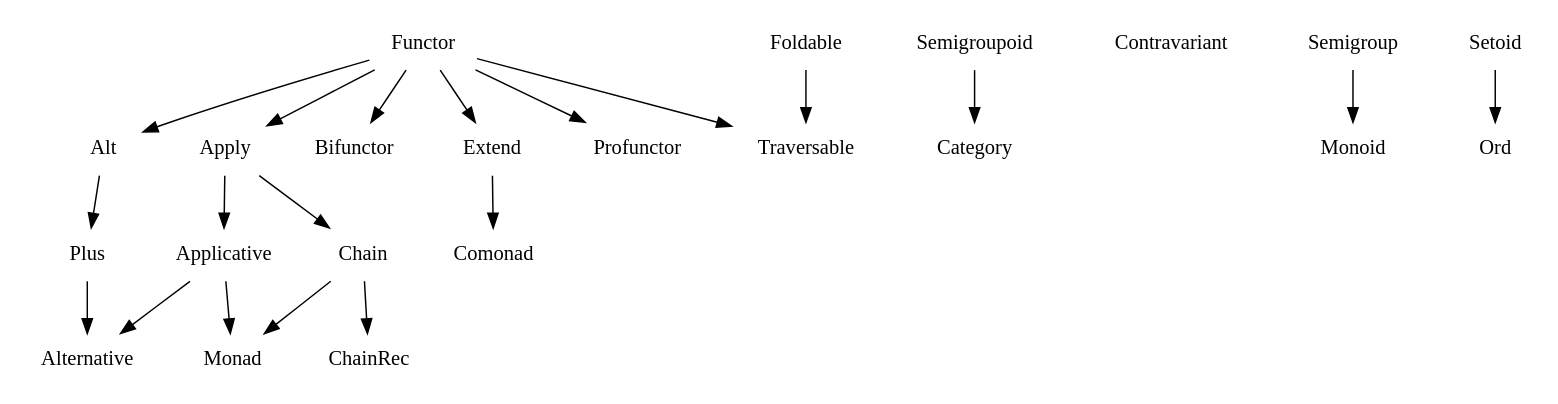
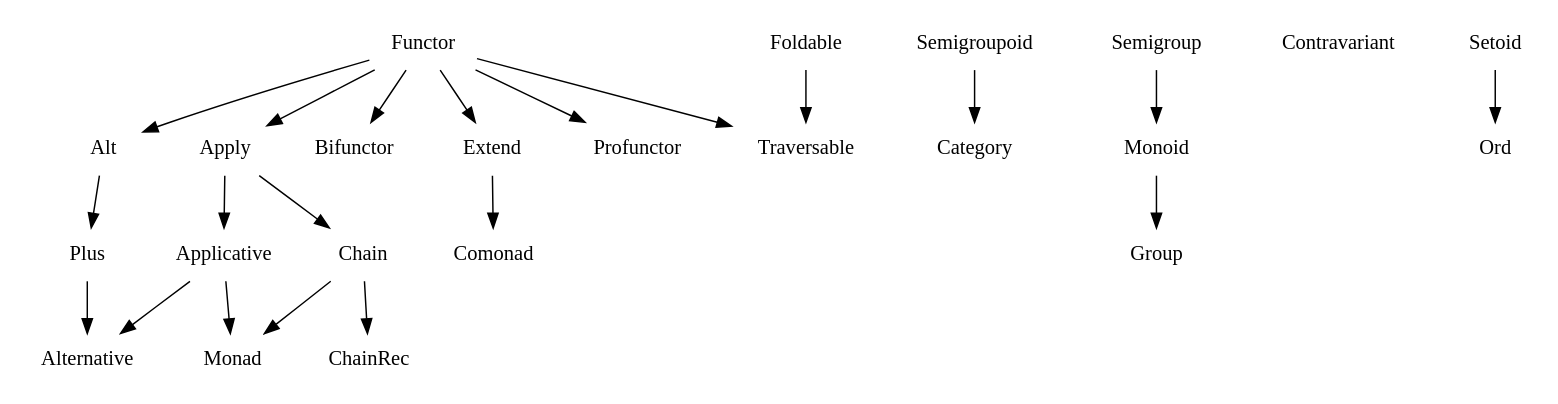
One commit to fantasyland/fantasy-land changed the diagram in figures/dependencies.dot. Above: the diagram before and after it, drawn with Graphviz. The commit also changed 7 other files, not shown here.

```diff
--- a/figures/dependencies.dot
+++ b/figures/dependencies.dot
@@ -1,48 +1,50 @@
 digraph {
   node [shape=plaintext]
 
   # Algebras
   Alt;
   Alternative;
   Applicative;
   Apply;
   Bifunctor;
   Category;
   Chain;
   ChainRec;
   Comonad;
   Extend;
   Foldable;
   Functor;
+  Group;
   Contravariant;
   Monad;
   Monoid;
   Ord;
   Plus;
   Profunctor;
   Semigroup;
   Semigroupoid;
   Setoid;
   Traversable;
 
   # Dependencies
   Alt -> Plus;
   Applicative -> Alternative;
   Applicative -> Monad;
   Apply -> Applicative;
   Apply -> Chain;
   Chain -> ChainRec;
   Chain -> Monad;
   Extend -> Comonad;
   Foldable -> Traversable;
   Functor -> Alt;
   Functor -> Apply;
   Functor -> Bifunctor;
   Functor -> Extend;
   Functor -> Profunctor;
   Functor -> Traversable;
+  Monoid -> Group;
   Plus -> Alternative;
   Semigroup -> Monoid;
   Semigroupoid -> Category;
   Setoid -> Ord;
 }
```
